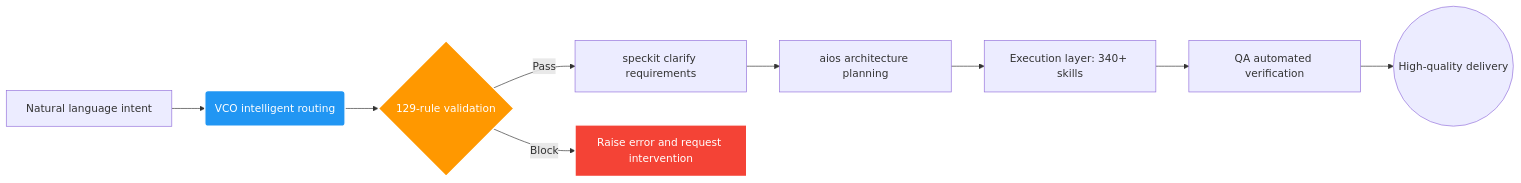
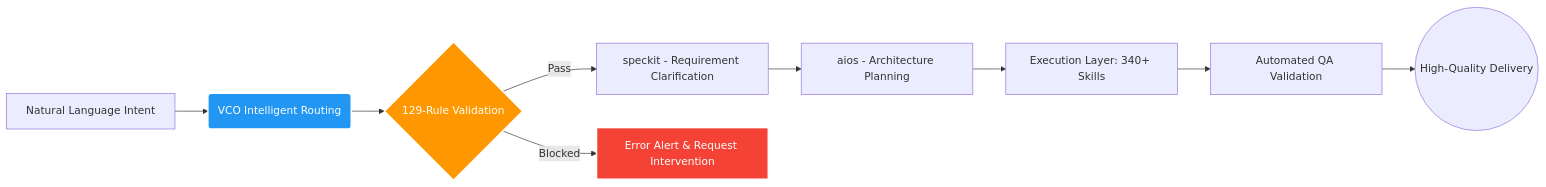
One commit to yw346380873-sketch/Vibe-Skills changed the diagram in README.en.md. Above: the diagram before and after it, drawn with Mermaid. The commit also changed other lines of this file, not shown here.

Commit message:
Refine README content and improve clarity
Updated terminology and formatting for clarity in the README.

````diff
--- a/README.en.md
+++ b/README.en.md
@@ -194,15 +194,15 @@
 ```mermaid
 graph LR
-    A[Natural language intent] --> B(VCO intelligent routing)
-    B --> C{129-rule validation}
-    C -- Pass --> D[speckit clarify requirements]
-    C -- Block --> X[Raise error and request intervention]
-    D --> E[aios architecture planning]
-    E --> F[Execution layer: 340+ skills]
-    F --> G[QA automated verification]
-    G --> H((High-quality delivery))
-
+    A[Natural Language Intent] --> B(VCO Intelligent Routing)
+    B --> C{129-Rule Validation}
+    C -- Pass --> D[speckit - Requirement Clarification]
+    C -- Blocked --> X[Error Alert & Request Intervention]
+    D --> E[aios - Architecture Planning]
+    E --> F[Execution Layer: 340+ Skills]
+    F --> G[Automated QA Validation]
+    G --> H((High-Quality Delivery))
+    
     style B fill:#2196F3,stroke:#fff,stroke-width:2px,color:#fff
     style C fill:#FF9800,stroke:#fff,stroke-width:2px,color:#fff
     style X fill:#F44336,stroke:#fff,stroke-width:2px,color:#fff
 ```
````
